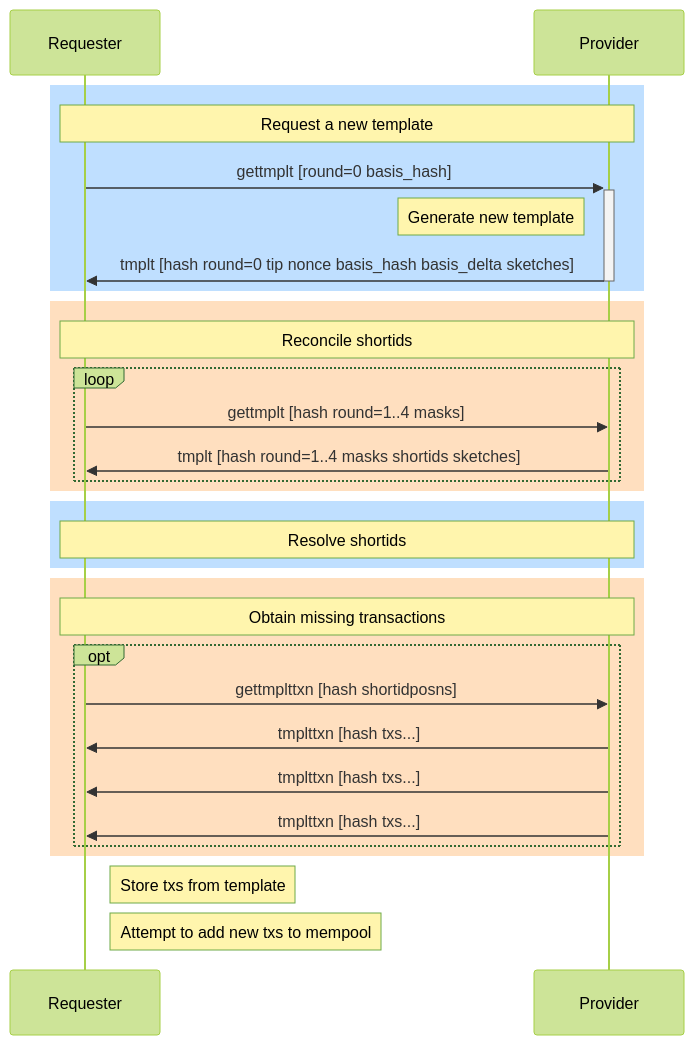
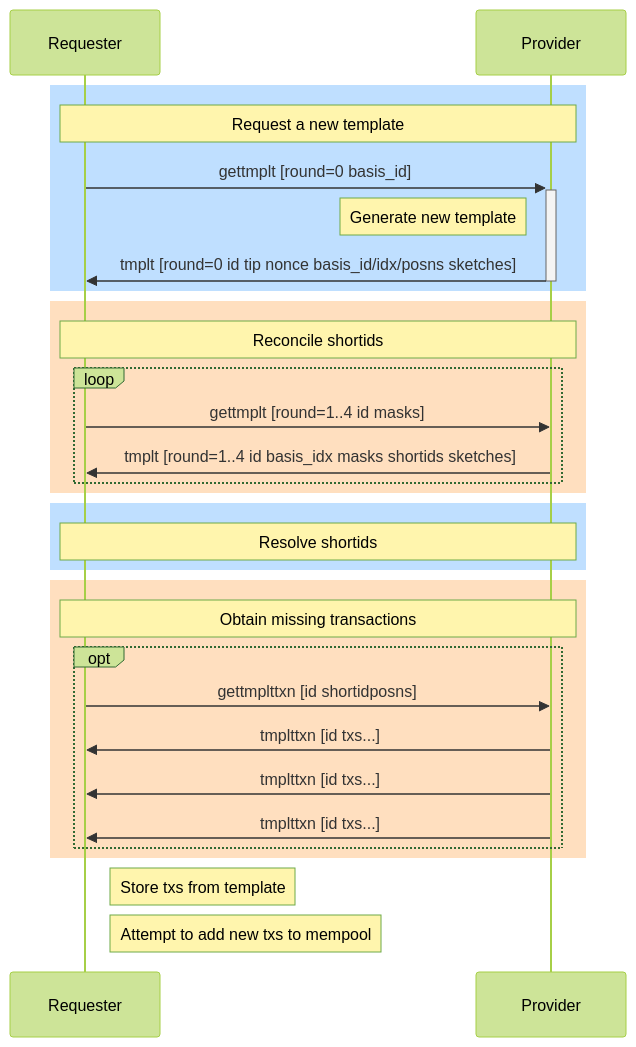
The diagram in 2025/BIN-2025-0002/protocol-flow.mmd (ajtowns/binana), drawn with Mermaid (forest theme) before and after one commit. The commit also changed 1 other file, not shown here.

```diff
--- a/2025/BIN-2025-0002/protocol-flow.mmd
+++ b/2025/BIN-2025-0002/protocol-flow.mmd
@@ -1,28 +1,28 @@
 sequenceDiagram
   rect rgb(191, 223, 255)
     note over Requester,Provider: Request a new template
-    Requester->>+Provider: gettmplt [round=0 basis_hash]
+    Requester->>+Provider: gettmplt [round=0 basis_id]
     note left of Provider: Generate new template
-    Provider->>-Requester: tmplt [hash round=0 tip nonce basis_hash basis_delta sketches]
+    Provider->>-Requester: tmplt [round=0 id tip nonce basis_id/idx/posns sketches]
   end
   rect rgb(255, 223, 191)
     note over Requester,Provider: Reconcile shortids
     loop
-      Requester->>Provider: gettmplt [hash round=1..4 masks]
-      Provider->>Requester: tmplt [hash round=1..4 masks shortids sketches]
+      Requester->>Provider: gettmplt [round=1..4 id masks]
+      Provider->>Requester: tmplt [round=1..4 id basis_idx masks shortids sketches]
     end
   end
   rect rgb(191, 223, 255)
     note over Requester,Provider: Resolve shortids
   end
   rect rgb(255, 223, 191)
     note over Requester,Provider: Obtain missing transactions
     opt
-      Requester->>Provider: gettmplttxn [hash shortidposns]
-      Provider->>Requester: tmplttxn [hash txs...]
-      Provider->>Requester: tmplttxn [hash txs...]
-      Provider->>Requester: tmplttxn [hash txs...]
+      Requester->>Provider: gettmplttxn [id shortidposns]
+      Provider->>Requester: tmplttxn [id txs...]
+      Provider->>Requester: tmplttxn [id txs...]
+      Provider->>Requester: tmplttxn [id txs...]
     end
   end
     note right of Requester: Store txs from template
     note right of Requester: Attempt to add new txs to mempool
```
